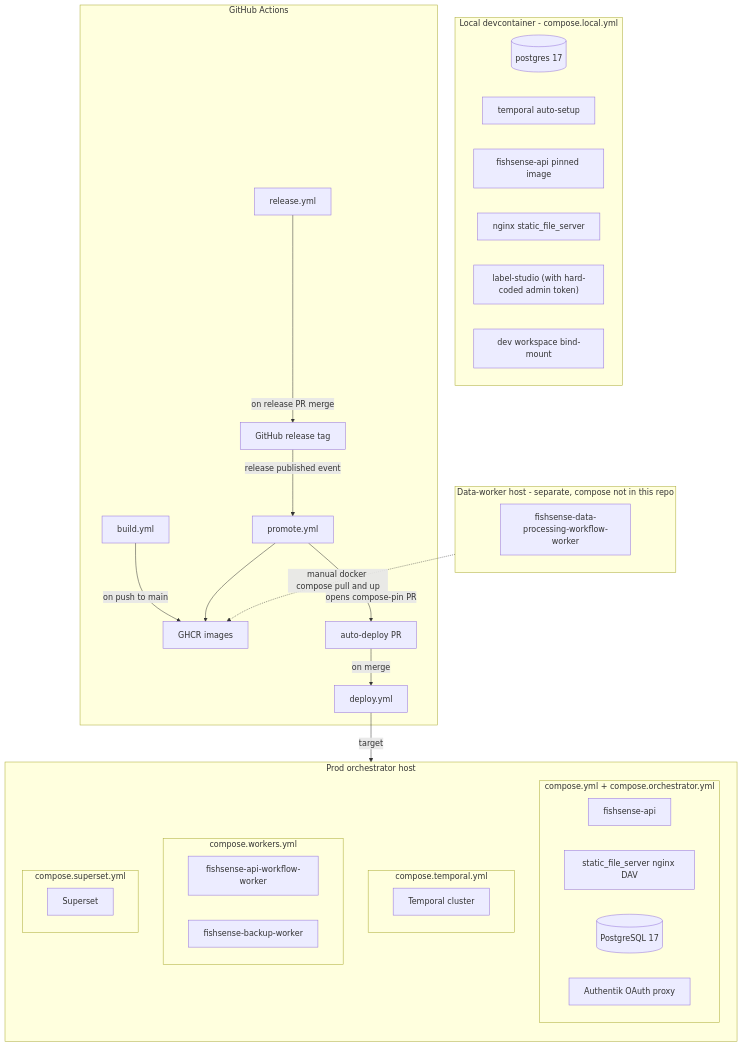
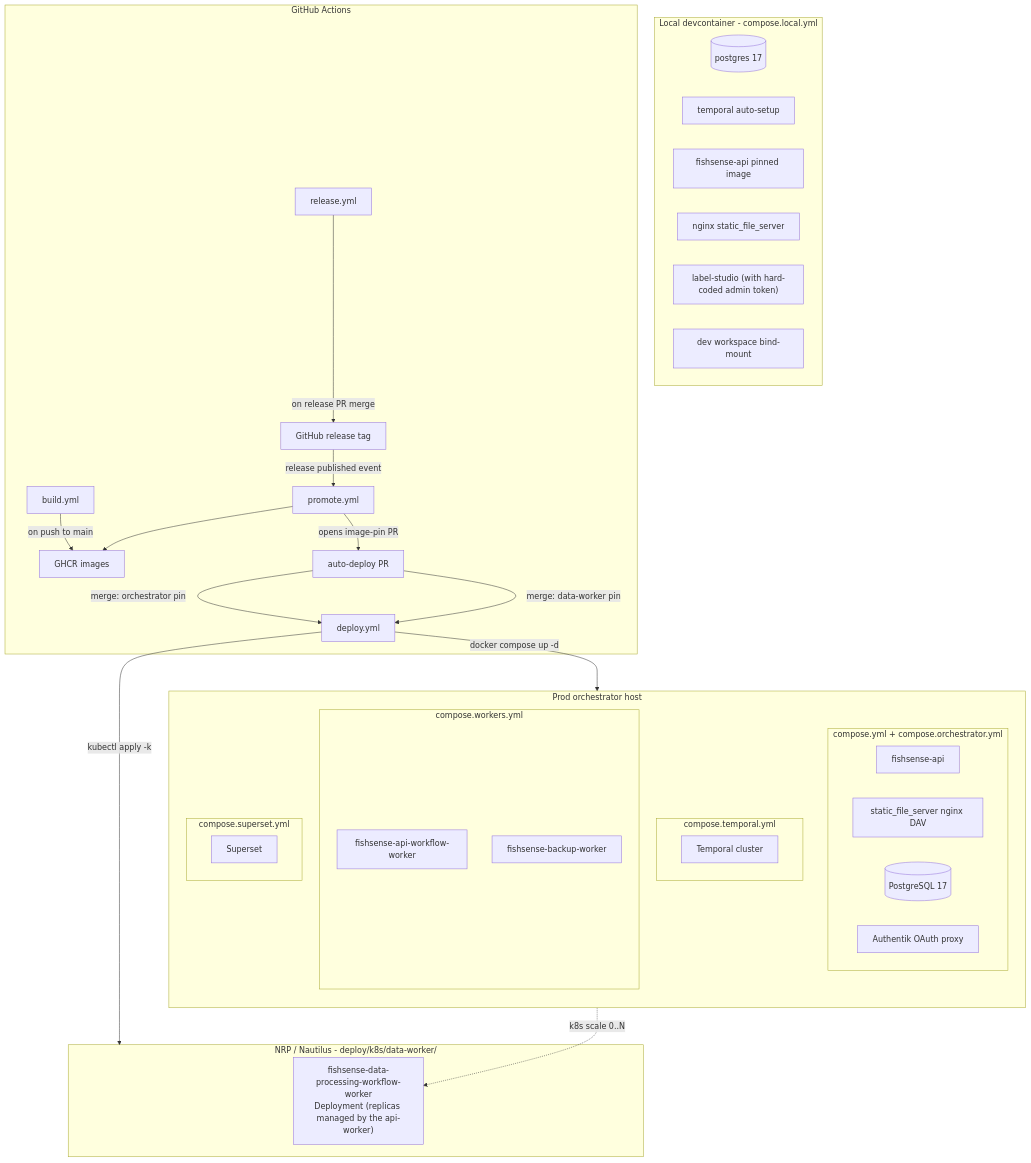
Before and after one commit to UCSD-E4E/fishsense-lite: the second of 8 diagrams in docs/diagrams.md, drawn with Mermaid. The commit also changed other lines of this file and 5 other files, not shown here.

````diff
--- a/docs/diagrams.md
+++ b/docs/diagrams.md
@@ -72,55 +73,57 @@
 ```mermaid
 flowchart TB
     subgraph PROD["Prod orchestrator host"]
         direction TB
         subgraph C_BASE["compose.yml + compose.orchestrator.yml"]
             P_API["fishsense-api"]
             P_FX["static_file_server nginx DAV"]
             P_PG[("PostgreSQL 17")]
             P_AUTHENTIK["Authentik OAuth proxy"]
         end
         subgraph C_TEMPORAL["compose.temporal.yml"]
             P_TEMPORAL["Temporal cluster"]
         end
         subgraph C_WORKERS["compose.workers.yml"]
             P_APIWW["fishsense-api-workflow-worker"]
             P_BUW["fishsense-backup-worker"]
         end
         subgraph C_SUPERSET["compose.superset.yml"]
             P_SUP["Superset"]
         end
     end
 
-    subgraph DWHOST["Data-worker host - separate, compose not in this repo"]
-        D_DPW["fishsense-data-processing-workflow-worker"]
+    subgraph NRP["NRP / Nautilus - deploy/k8s/data-worker/"]
+        D_DPW["fishsense-data-processing-workflow-worker<br/>Deployment (replicas managed by the api-worker)"]
     end
 
     subgraph DEV["Local devcontainer - compose.local.yml"]
         L_PG[("postgres 17")]
         L_TEMPORAL["temporal auto-setup"]
         L_API["fishsense-api pinned image"]
         L_FX["nginx static_file_server"]
         L_LS["label-studio (with hard-coded admin token)"]
         L_DEV["dev workspace bind-mount"]
     end
 
     subgraph CI["GitHub Actions"]
         CI_BUILD["build.yml"]
         CI_RELEASE["release.yml"]
         CI_PROMOTE["promote.yml"]
         CI_DEPLOY["deploy.yml"]
         GHCR["GHCR images"]
         GH_REL["GitHub release tag"]
         AUTO_PR["auto-deploy PR"]
     end
 
     CI_BUILD   -->|on push to main| GHCR
     CI_RELEASE -->|on release PR merge| GH_REL
     GH_REL     -->|release published event| CI_PROMOTE
     CI_PROMOTE --> GHCR
-    CI_PROMOTE -->|opens compose-pin PR| AUTO_PR
-    AUTO_PR    -->|on merge| CI_DEPLOY
-    CI_DEPLOY  -->|target| PROD
+    CI_PROMOTE -->|opens image-pin PR| AUTO_PR
+    AUTO_PR    -->|merge: orchestrator pin| CI_DEPLOY
+    AUTO_PR    -->|merge: data-worker pin| CI_DEPLOY
+    CI_DEPLOY  -->|docker compose up -d| PROD
+    CI_DEPLOY  -->|kubectl apply -k| NRP
 
-    DWHOST -.->|manual docker compose pull and up| GHCR
+    P_APIWW -.->|k8s scale 0..N| D_DPW
 ```
````
